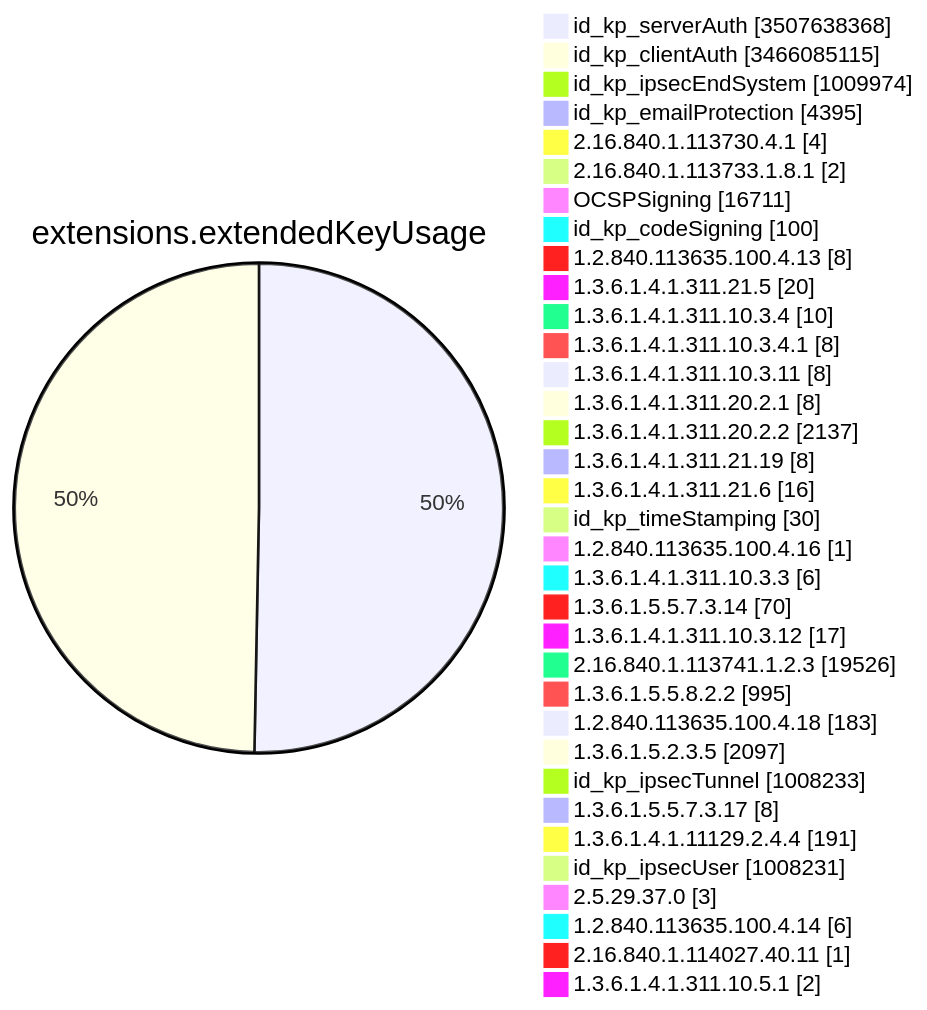
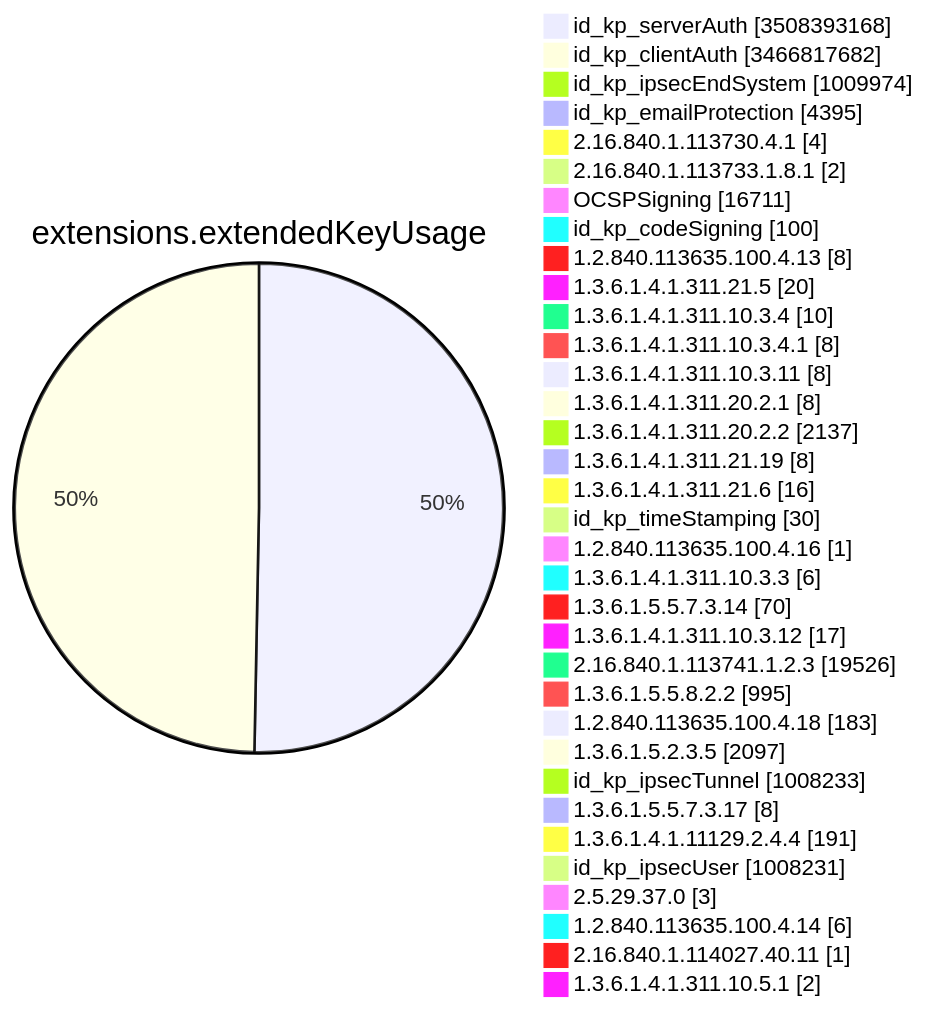
One commit to christiankrug/ctmonitor_visualization changed diagram 11 of 15 in TOTAL/README.md. Above: the diagram before and after it, drawn with Mermaid. The commit also changed other lines of this file, not shown here.

````diff
--- a/TOTAL/README.md
+++ b/TOTAL/README.md
@@ -4126,38 +4126,38 @@
 ```mermaid
 pie showData
 title extensions.extendedKeyUsage
-"id_kp_serverAuth" :3507638368
-"id_kp_clientAuth" :3466085115
+"id_kp_serverAuth" :3508393168
+"id_kp_clientAuth" :3466817682
 "id_kp_ipsecEndSystem" :1009974
 "id_kp_emailProtection" :4395
 "2.16.840.1.113730.4.1" :4
 "2.16.840.1.113733.1.8.1" :2
 "OCSPSigning" :16711
 "id_kp_codeSigning" :100
 "1.2.840.113635.100.4.13" :8
 "1.3.6.1.4.1.311.21.5" :20
 "1.3.6.1.4.1.311.10.3.4" :10
 "1.3.6.1.4.1.311.10.3.4.1" :8
 "1.3.6.1.4.1.311.10.3.11" :8
 "1.3.6.1.4.1.311.20.2.1" :8
 "1.3.6.1.4.1.311.20.2.2" :2137
 "1.3.6.1.4.1.311.21.19" :8
 "1.3.6.1.4.1.311.21.6" :16
 "id_kp_timeStamping" :30
 "1.2.840.113635.100.4.16" :1
 "1.3.6.1.4.1.311.10.3.3" :6
 "1.3.6.1.5.5.7.3.14" :70
 "1.3.6.1.4.1.311.10.3.12" :17
 "2.16.840.1.113741.1.2.3" :19526
 "1.3.6.1.5.5.8.2.2" :995
 "1.2.840.113635.100.4.18" :183
 "1.3.6.1.5.2.3.5" :2097
 "id_kp_ipsecTunnel" :1008233
 "1.3.6.1.5.5.7.3.17" :8
 "1.3.6.1.4.1.11129.2.4.4" :191
 "id_kp_ipsecUser" :1008231
 "2.5.29.37.0" :3
 "1.2.840.113635.100.4.14" :6
 "2.16.840.1.114027.40.11" :1
 "1.3.6.1.4.1.311.10.5.1" :2
 ```
````
